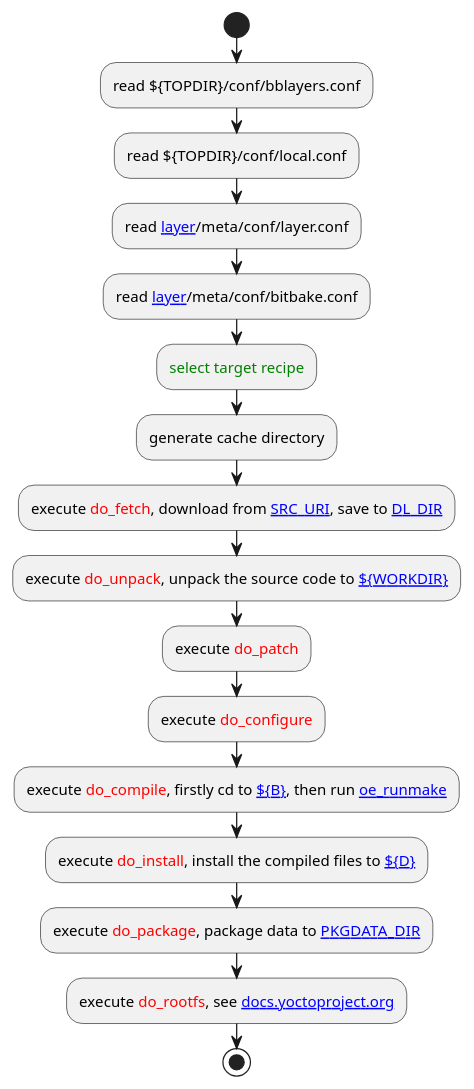
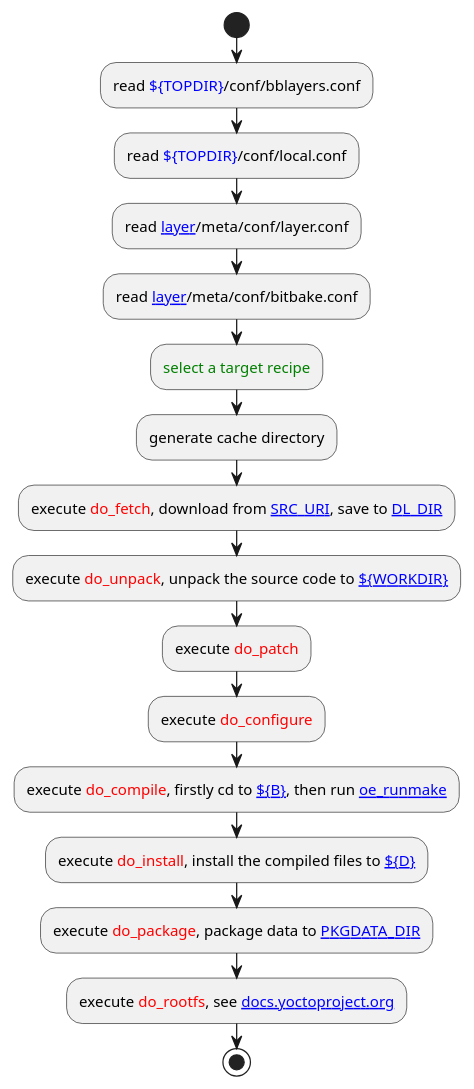
The diagram in docs/cli/yocto.md (zhyantao/docs), drawn with PlantUML before and after one commit.

````diff
--- a/docs/cli/yocto.md
+++ b/docs/cli/yocto.md
@@ -43,20 +43,20 @@
 ```{uml}
 @startuml
 start
-:read ${TOPDIR}/conf/bblayers.conf;
-:read ${TOPDIR}/conf/local.conf;
+:read <color:blue>${TOPDIR}</color>/conf/bblayers.conf;
+:read <color:blue>${TOPDIR}</color>/conf/local.conf;
 :read [[https://layers.openembedded.org/layerindex/branch/master/layers layer]]/meta/conf/layer.conf;
 :read [[https://layers.openembedded.org/layerindex/branch/master/layers layer]]/meta/conf/bitbake.conf;
-:<color:green>select target recipe</color>;
+:<color:green>select a target recipe</color>;
 :generate cache directory;
 :execute <color:red>do_fetch</color>, download from [[https://docs.yoctoproject.org/bitbake/bitbake-user-manual/bitbake-user-manual-ref-variables.html#term-SRC_URI SRC_URI]], save to [[https://github.com/openembedded/openembedded-core/blob/yocto-5.1.1/meta/conf/bitbake.conf#L842 DL_DIR]];
 :execute <color:red>do_unpack</color>, unpack the source code to [[https://github.com/openembedded/openembedded-core/blob/yocto-5.1.1/meta/conf/bitbake.conf#L404 ${WORKDIR}]];
 :execute <color:red>do_patch</color>;
 :execute <color:red>do_configure</color>;
 :execute <color:red>do_compile</color>, firstly cd to [[https://github.com/openembedded/openembedded-core/blob/yocto-5.1.1/meta/conf/bitbake.conf#L409 ${B}]], then run [[https://github.com/openembedded/openembedded-core/blob/yocto-5.1.1/meta/classes-global/base.bbclass#L41 oe_runmake]];
 :execute <color:red>do_install</color>, install the compiled files to [[https://github.com/openembedded/openembedded-core/blob/yocto-5.1.1/meta/conf/bitbake.conf#L407 ${D}]];
 :execute <color:red>do_package</color>, package data to [[https://docs.yoctoproject.org/dev/ref-manual/variables.html#term-PKGDATA_DIR PKGDATA_DIR]];
 :execute <color:red>do_rootfs</color>, see [[https://docs.yoctoproject.org/dev/ref-manual/tasks.html#do-rootfs docs.yoctoproject.org]];
 stop
 @enduml
 ```
````
